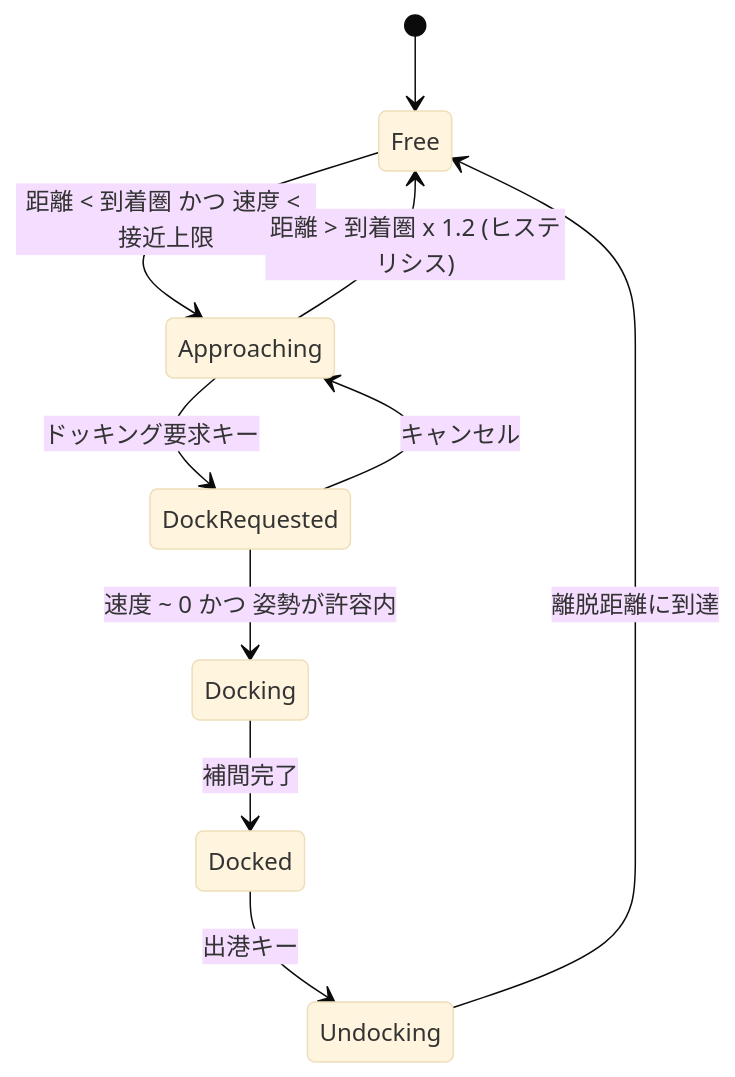
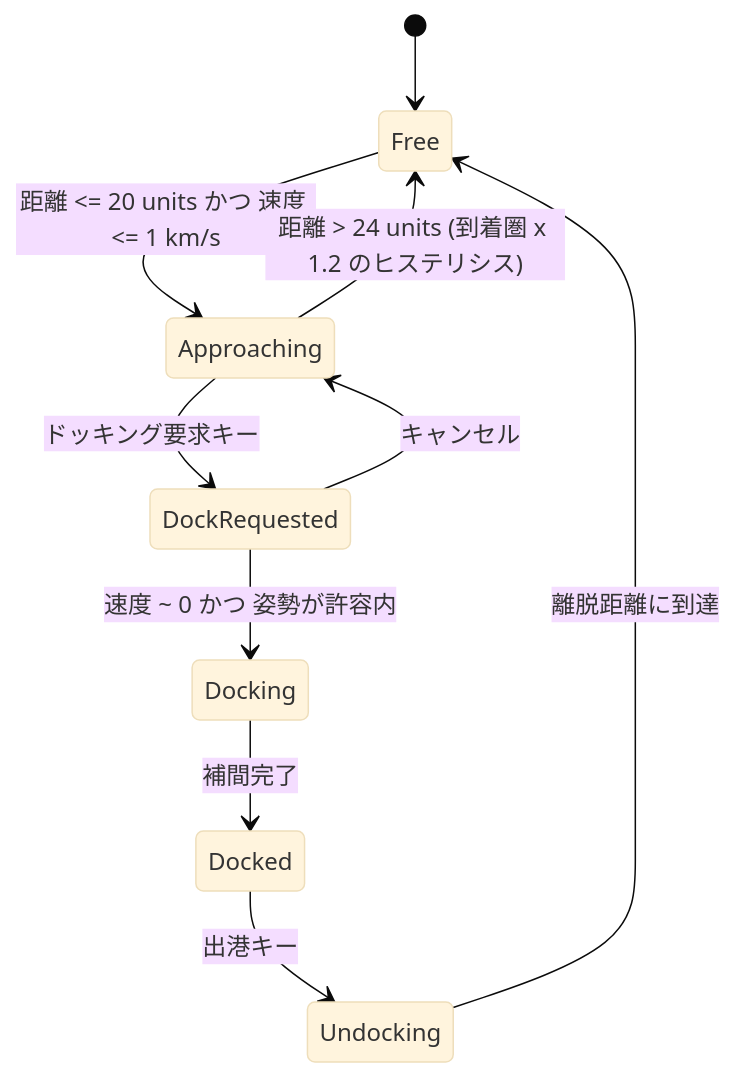
Before and after one commit to piperendervt-glitch/solar-system-explorer: the seventh of 9 diagrams in docs/01-architecture.md, drawn with Mermaid (base theme). The commit also changed other lines of this file and 51 other files, not shown here.

````diff
--- a/docs/01-architecture.md
+++ b/docs/01-architecture.md
@@ -733,12 +753,12 @@
 ```mermaid
 stateDiagram-v2
   [*] --> Free
-  Free --> Approaching : 距離 < 到着圏 かつ 速度 < 接近上限
-  Approaching --> Free : 距離 > 到着圏 x 1.2 (ヒステリシス)
+  Free --> Approaching : 距離 <= 20 units かつ 速度 <= 1 km/s
+  Approaching --> Free : 距離 > 24 units (到着圏 x 1.2 のヒステリシス)
   Approaching --> DockRequested : ドッキング要求キー
   DockRequested --> Approaching : キャンセル
   DockRequested --> Docking : 速度 ~ 0 かつ 姿勢が許容内
   Docking --> Docked : 補間完了
   Docked --> Undocking : 出港キー
   Undocking --> Free : 離脱距離に到達
 ```
````
